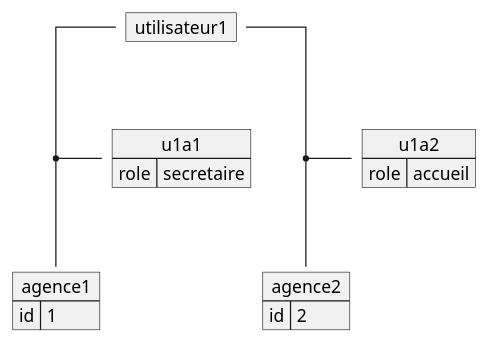
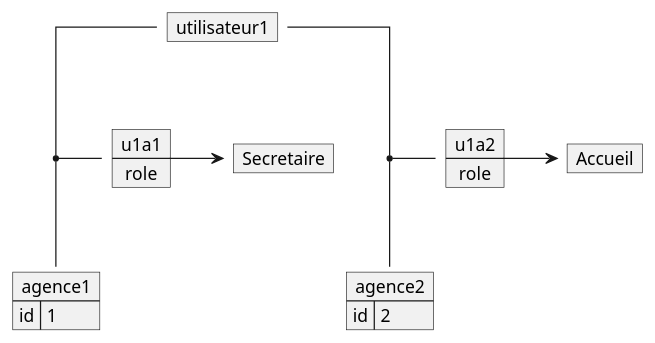
Before and after one commit to CodingCare/wtf-1: the diagram in object_diagram.puml, drawn with PlantUML.

Commit message:
use Role

```diff
--- a/object_diagram.puml
+++ b/object_diagram.puml
@@ -1,27 +1,33 @@
 @startuml
 skinparam linetype ortho
 map utilisateur1 {
 }
 
 map agence1 {
   id => 1
 }
 
 map agence2 {
   id => 2
 }
 
+map Secretaire {
+}
+
+map Accueil {
+}
+
 map u1a1 {
-  role => secretaire
+  role *-> Secretaire
 }
 
 map u1a2 {
-  role => accueil
+  role *-> Accueil
 }
 
 utilisateur1 -- agence1
 utilisateur1 -- agence2
 
 (utilisateur1, agence1) -- u1a1
 (utilisateur1, agence2) -- u1a2
 @enduml
```
